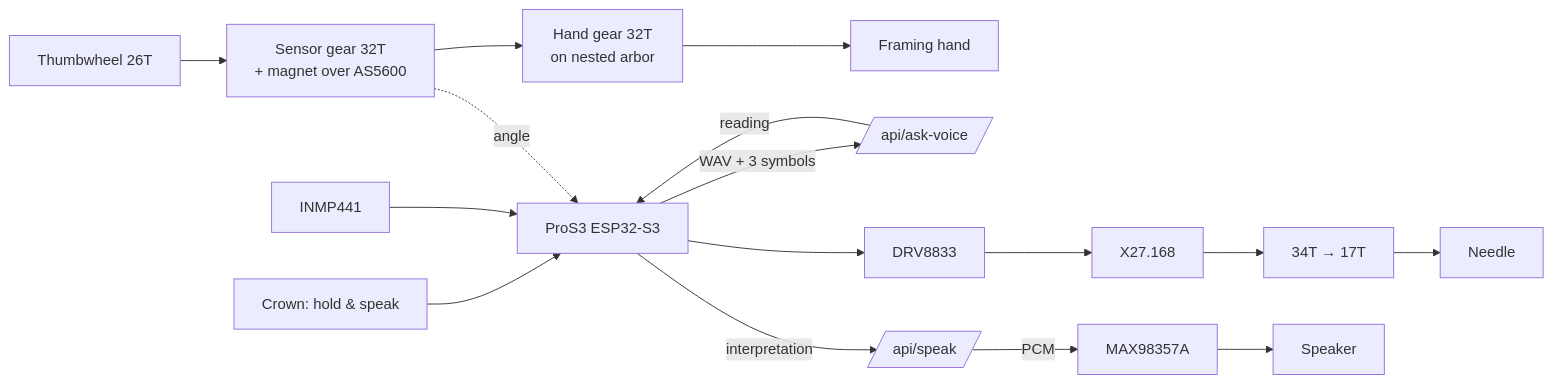
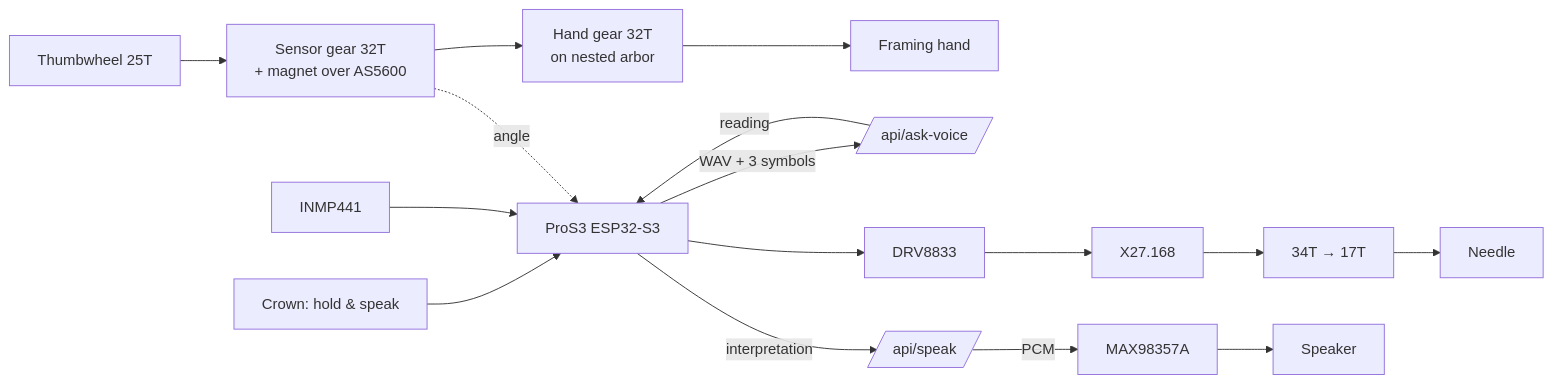
Before and after one commit to Kixantrix/alethiometer: the diagram in hardware/README.md, drawn with Mermaid. The commit also changed other lines of this file and 78 other files, not shown here.

````diff
--- a/hardware/README.md
+++ b/hardware/README.md
@@ -86,13 +88,13 @@
 ```mermaid
 flowchart LR
-  knob[Thumbwheel 26T] --> sensor[Sensor gear 32T<br/>+ magnet over AS5600]
+  knob[Thumbwheel 25T] --> sensor[Sensor gear 32T<br/>+ magnet over AS5600]
   sensor --> handgear[Hand gear 32T<br/>on nested arbor]
   handgear --> hand[Framing hand]
   crown[Crown: hold & speak] --> esp[ProS3 ESP32-S3]
   mic[INMP441] --> esp
   sensor -. angle .-> esp
   esp -- WAV + 3 symbols --> api[/api/ask-voice/]
   api -- reading --> esp
   esp --> drv[DRV8833] --> x27[X27.168] --> ng[34T → 17T] --> needle[Needle]
   esp -- interpretation --> speak[/api/speak/] -- PCM --> amp[MAX98357A] --> spk[Speaker]
 ```
````
